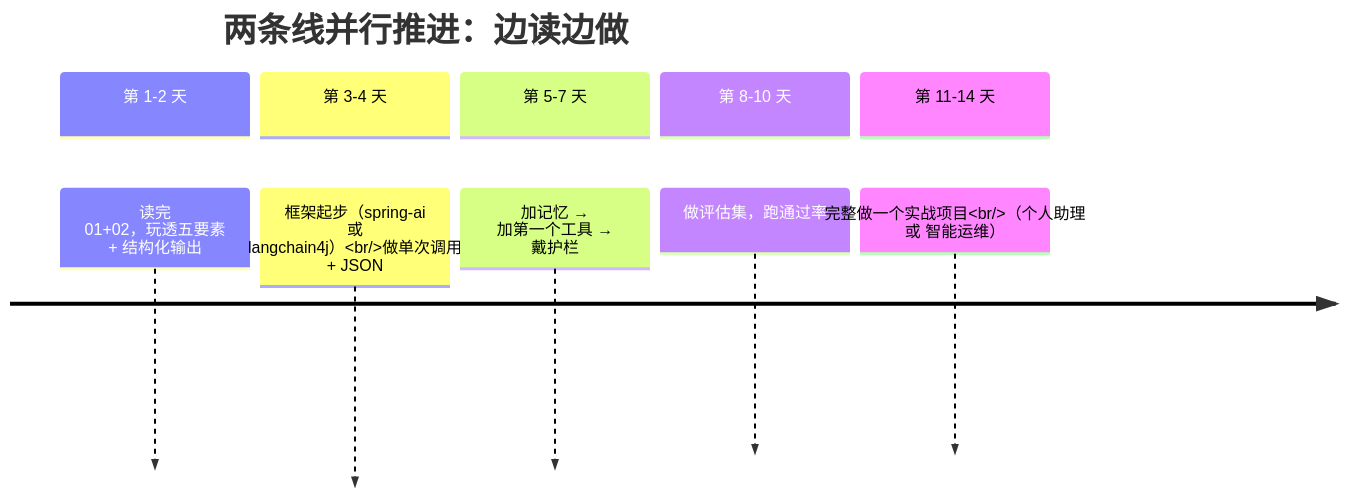
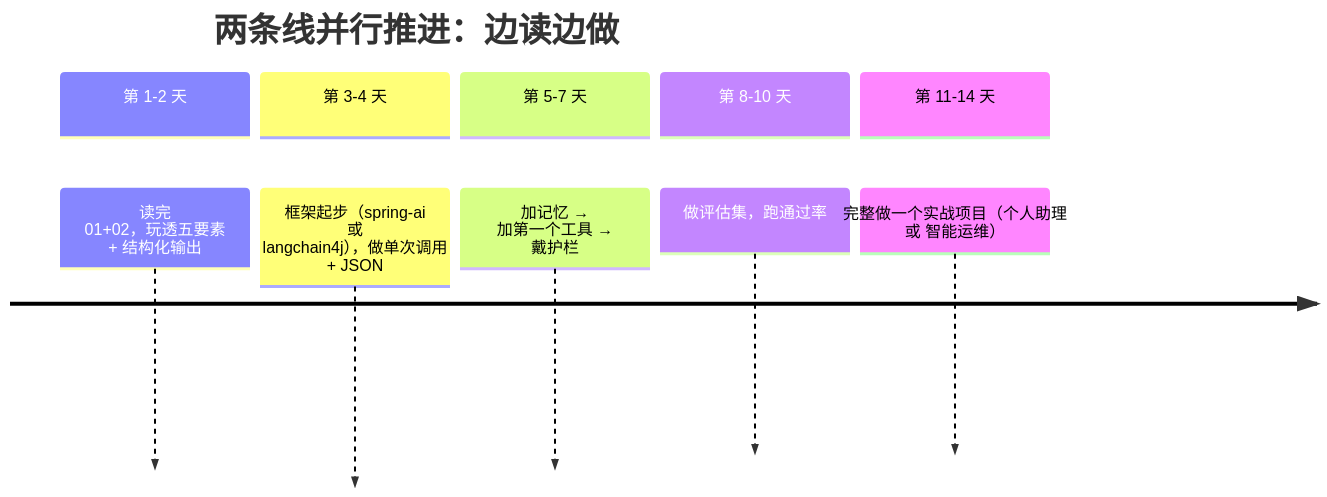
Before and after one commit to UranusGit/java-agent-learn: the second of 2 diagrams in docs/附录/Agent与提示词工程专题/03-上手路径与避坑.md, drawn with Mermaid. The commit also changed other lines of this file and 137 other files, not shown here.

First line of the commit message:
docs全库mermaid图质量深化：改写残留字符画、补缺图、修坏图

````diff
--- a/docs/附录/Agent与提示词工程专题/03-上手路径与避坑.md
+++ b/docs/附录/Agent与提示词工程专题/03-上手路径与避坑.md
@@ -133,14 +125,14 @@
 ```mermaid
 timeline
     title 两条线并行推进：边读边做
     section 第 1-2 天
         读完 01+02，玩透五要素 + 结构化输出
     section 第 3-4 天
-        框架起步（spring-ai 或 langchain4j）<br/>做单次调用 + JSON
+        框架起步（spring-ai 或 langchain4j），做单次调用 + JSON
     section 第 5-7 天
         加记忆 → 加第一个工具 → 戴护栏
     section 第 8-10 天
         做评估集，跑通过率
     section 第 11-14 天
-        完整做一个实战项目<br/>（个人助理 或 智能运维）
+        完整做一个实战项目（个人助理 或 智能运维）
 ```
````
